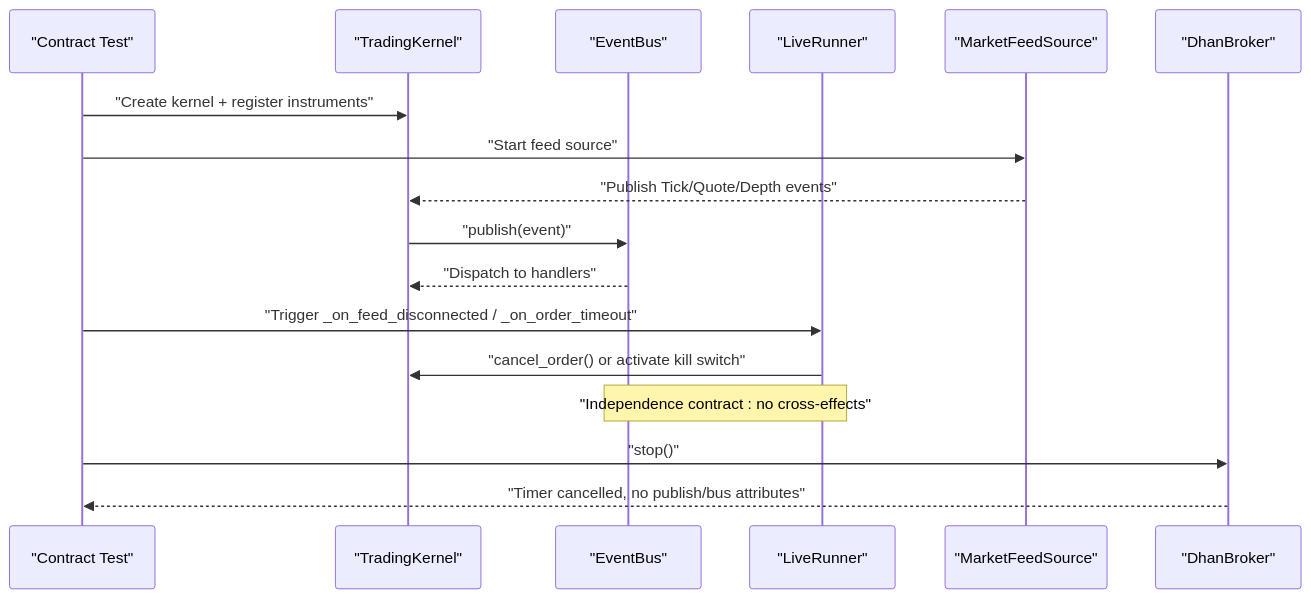
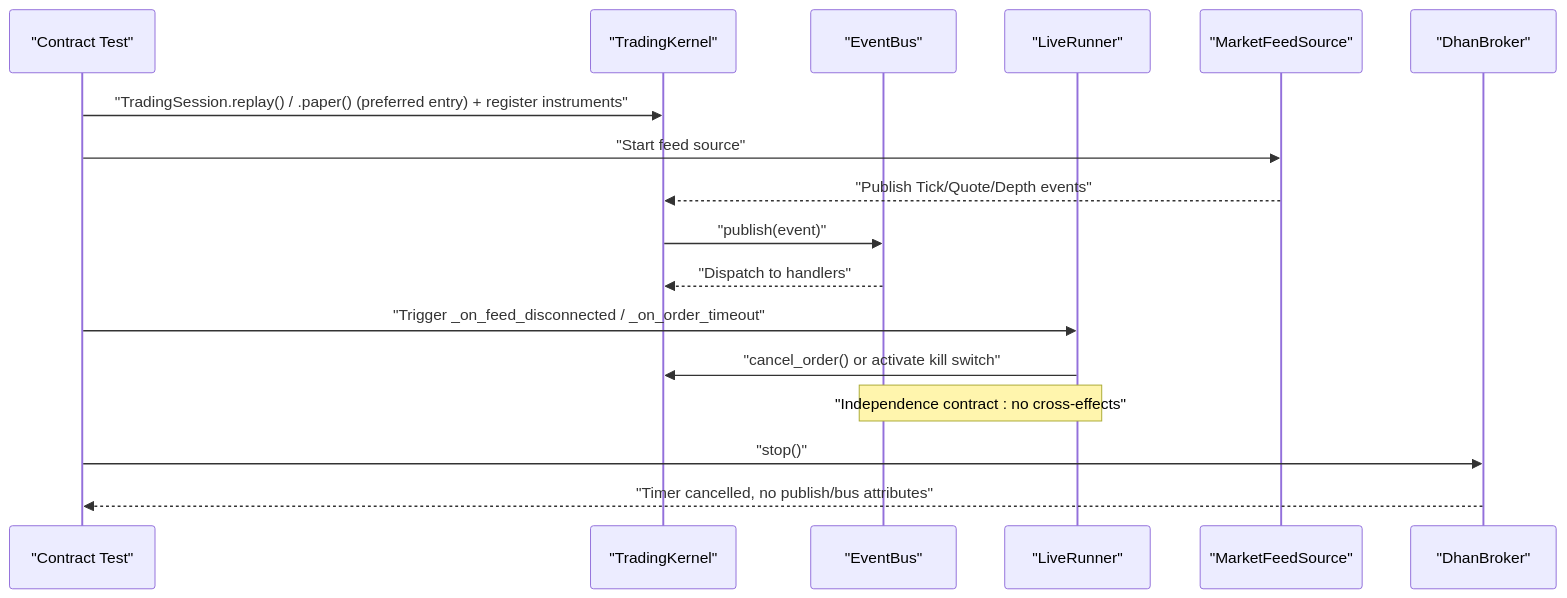
The second of 11 diagrams in .qoder/repowiki/en/content/Testing & Development/Contract Testing Framework.md (Ganesh-Kusundal/nTrade), drawn with Mermaid before and after one commit. The commit also changed other lines of this file and 2201 other files, not shown here.

Commit message:
Integrate completeness: live runner hardening, broker adapter layers, rate-limiting infrastructure, data pipeline (parquet OHLCV + ingestion scripts), contract testing framework, options analytics, and updated architecture/knowledge docs

````diff
--- a/.qoder/repowiki/en/content/Testing & Development/Contract Testing Framework.md
+++ b/.qoder/repowiki/en/content/Testing & Development/Contract Testing Framework.md
@@ -117,19 +121,19 @@
 ```mermaid
 sequenceDiagram
 participant Test as "Contract Test"
 participant Kernel as "TradingKernel"
 participant Bus as "EventBus"
 participant Runner as "LiveRunner"
 participant Feed as "MarketFeedSource"
 participant Broker as "DhanBroker"
-Test->>Kernel : "Create kernel + register instruments"
+Test->>Kernel : "TradingSession.replay() / .paper() (preferred entry) + register instruments"
 Test->>Feed : "Start feed source"
 Feed-->>Kernel : "Publish Tick/Quote/Depth events"
 Kernel->>Bus : "publish(event)"
 Bus-->>Kernel : "Dispatch to handlers"
 Test->>Runner : "Trigger _on_feed_disconnected / _on_order_timeout"
 Runner->>Kernel : "cancel_order() or activate kill switch"
 Note over Runner,Bus : "Independence contract : no cross-effects"
 Test->>Broker : "stop()"
 Broker-->>Test : "Timer cancelled, no publish/bus attributes"
 ```
````
